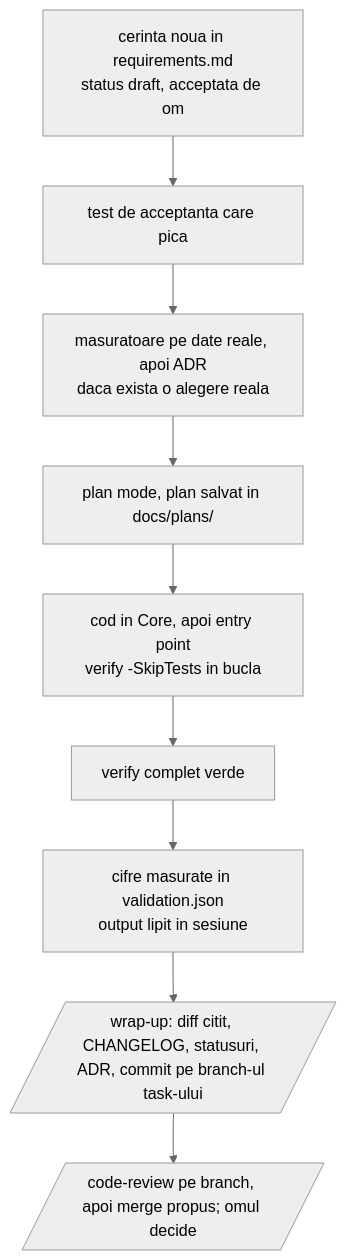
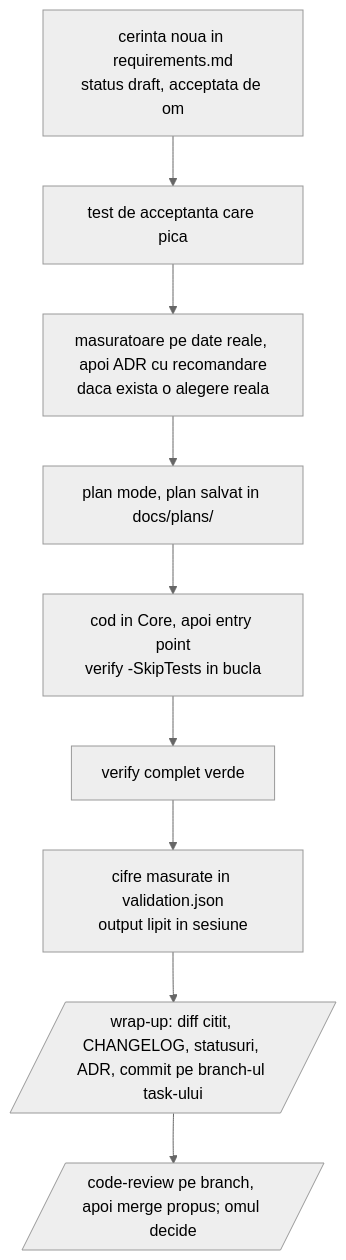
One commit to tcarean/AstroDarkroom changed the second of 2 diagrams in ClaudeCodeStarterKit/GHID.md. Above: the diagram before and after it, drawn with Mermaid (neutral theme). The commit also changed other lines of this file and 5 other files, not shown here.

````diff
--- a/ClaudeCodeStarterKit/GHID.md
+++ b/ClaudeCodeStarterKit/GHID.md
@@ -226,11 +226,11 @@
 ```mermaid
 flowchart TD
   A[cerinta noua in requirements.md<br/>status draft, acceptata de om] --> B[test de acceptanta care pica]
-  B --> C[masuratoare pe date reale, apoi ADR<br/>daca exista o alegere reala]
+  B --> C[masuratoare pe date reale, apoi ADR cu recomandare<br/>daca exista o alegere reala]
   C --> D[plan mode, plan salvat in docs/plans/]
   D --> E[cod in Core, apoi entry point<br/>verify -SkipTests in bucla]
   E --> F[verify complet verde]
   F --> G[cifre masurate in validation.json<br/>output lipit in sesiune]
   G --> H[/wrap-up: diff citit, CHANGELOG, statusuri, ADR, commit pe branch-ul task-ului/]
   H --> I[/code-review pe branch, apoi merge propus; omul decide/]
 ```
````
